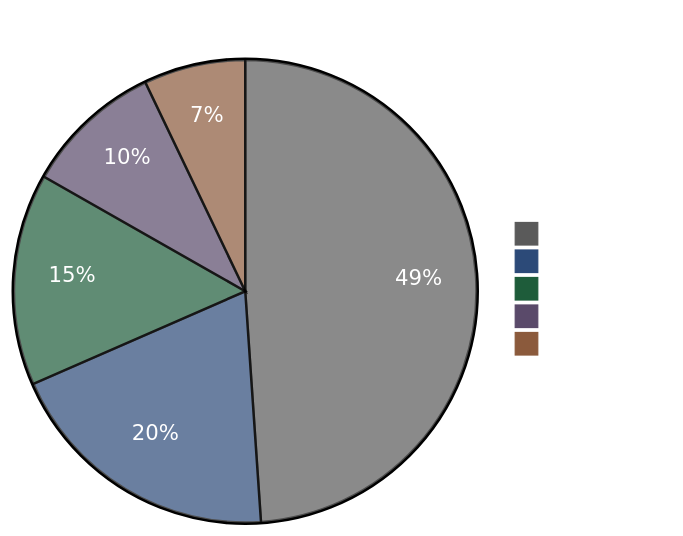
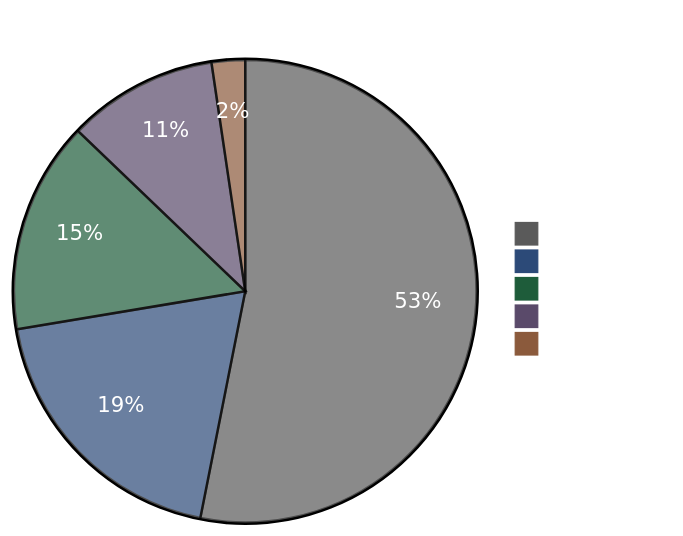
The diagram in README.md (ShawnBIT/reco-arxiv-daily), drawn with Mermaid before and after one commit. The commit also changed other lines of this file and 6 other files, not shown here.

````diff
--- a/README.md
+++ b/README.md
@@ -6,19 +6,19 @@
 ```mermaid
 %%{init: {'theme':'base', 'themeVariables': {
   'pie1':'#5a5a5a',
   'pie2':'#2c4a78',
   'pie3':'#1e5c3a',
   'pie4':'#5a4a6a',
   'pie5':'#8b5a3c',
   'pieTitleTextColor':'#ffffff',
   'pieSectionTextColor':'#ffffff',
   'pieLegendTextColor':'#ffffff'
 }}}%%
 pie showData
 title Paper Distribution by Tag
-  "Other" : 248
+  "Other" : 273
   "LLM" : 99
-  "GR" : 75
-  "Seq" : 49
-  "Scaling" : 36
+  "GR" : 76
+  "Seq" : 54
+  "Scaling" : 12
 ```
````
